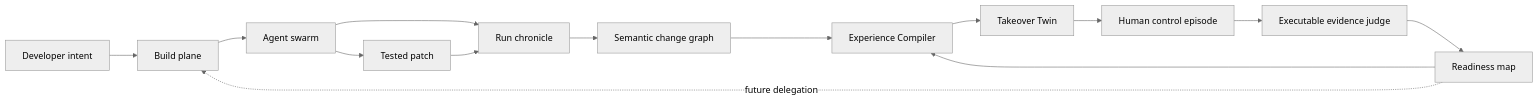
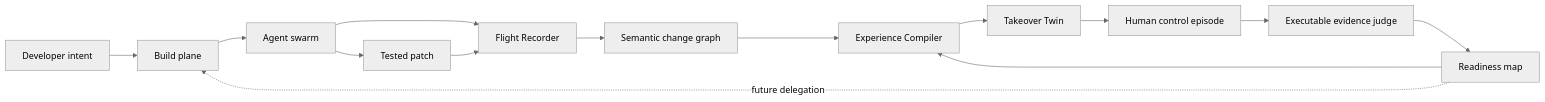
The diagram in prd.md (yava-code/PureFlow), drawn with Mermaid (neutral theme) before and after one commit. The commit also changed other lines of this file and 11 other files, not shown here.

Commit message:
docs: name flight recorder and select live adapter

````diff
--- a/prd.md
+++ b/prd.md
@@ -125,16 +125,16 @@
 ```mermaid
 flowchart LR
     I["Developer intent"] --> B["Build plane"]
     B --> A["Agent swarm"]
     A --> P["Tested patch"]
-    A --> C["Run chronicle"]
+    A --> C["Flight Recorder"]
     P --> C
     C --> S["Semantic change graph"]
     S --> E["Experience Compiler"]
     R["Readiness map"] --> E
     E --> T["Takeover Twin"]
     T --> H["Human control episode"]
     H --> J["Executable evidence judge"]
     J --> R
     R -. "future delegation" .-> B
 ```
````
